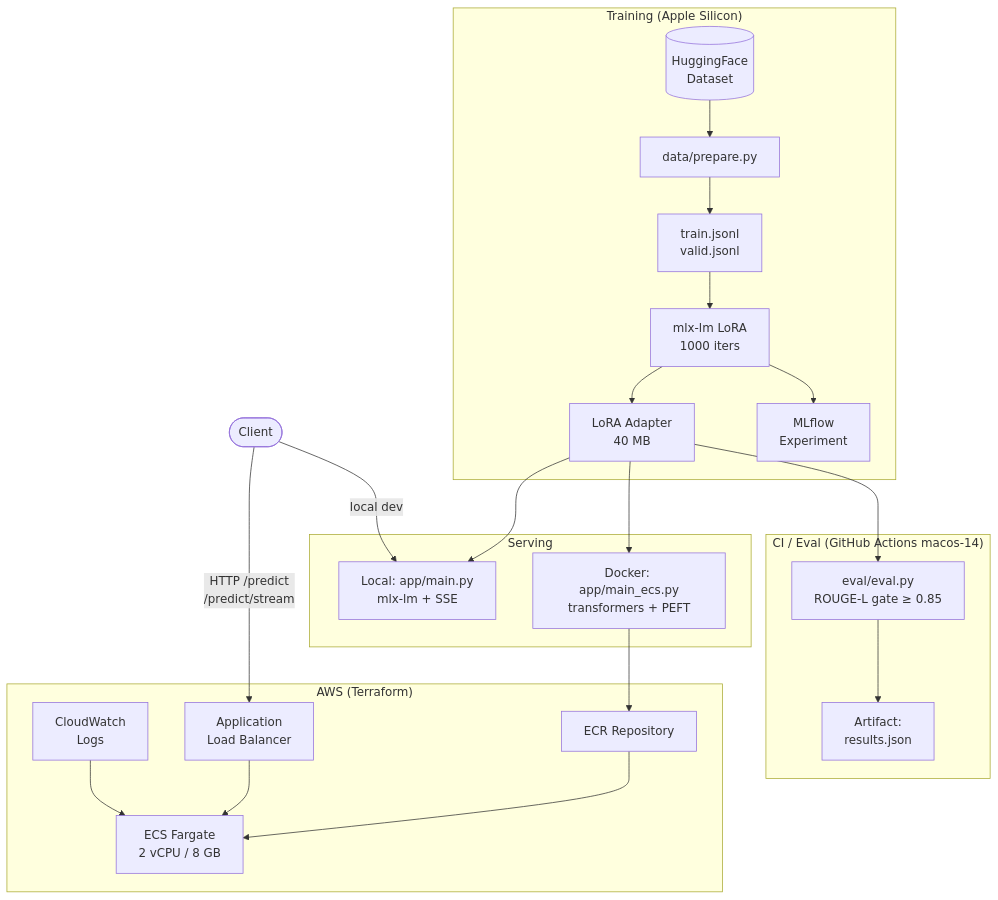
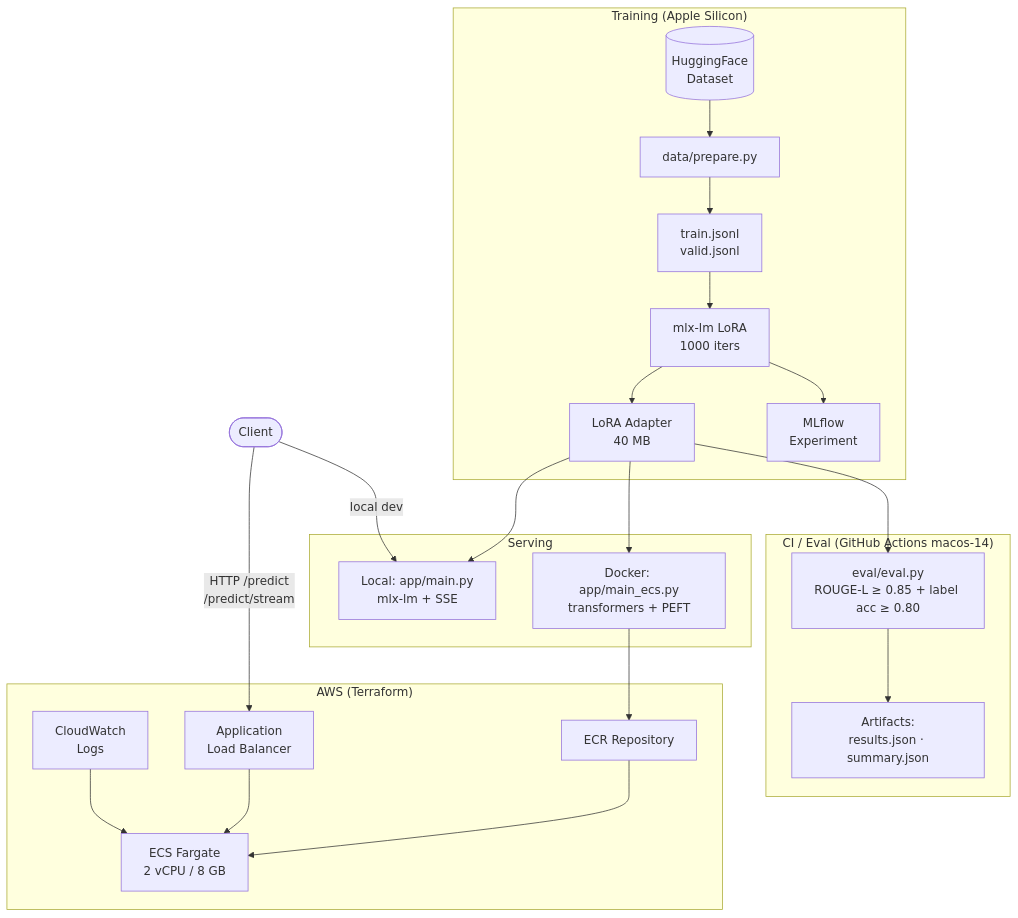
The diagram in README.md (matthew-fitzgerald123/financial-sentiment-llm), drawn with Mermaid before and after one commit. The commit also changed other lines of this file and 3 other files, not shown here.

Commit message:
Add label accuracy metric, summary.json persistence, and CI gate

````diff
--- a/README.md
+++ b/README.md
@@ -21,30 +21,30 @@
 ```mermaid
 flowchart TD
     subgraph Train["Training (Apple Silicon)"]
         DS[(HuggingFace\nDataset)] --> DP[data/prepare.py]
         DP --> JSONL[train.jsonl\nvalid.jsonl]
         JSONL --> LT[mlx-lm LoRA\n1000 iters]
         LT --> ADPT[LoRA Adapter\n40 MB]
         LT --> MLF[MLflow\nExperiment]
     end
 
     subgraph Eval["CI / Eval (GitHub Actions macos-14)"]
-        ADPT --> EV[eval/eval.py\nROUGE-L gate ≥ 0.85]
-        EV --> AR[Artifact:\nresults.json]
+        ADPT --> EV[eval/eval.py\nROUGE-L ≥ 0.85 + label acc ≥ 0.80]
+        EV --> AR[Artifacts:\nresults.json · summary.json]
     end
 
     subgraph Serve["Serving"]
         ADPT --> LC[Local: app/main.py\nmlx-lm + SSE]
         ADPT --> DC[Docker: app/main_ecs.py\ntransformers + PEFT]
     end
 
     subgraph AWS["AWS (Terraform)"]
         ECR[ECR Repository] --> ECS[ECS Fargate\n2 vCPU / 8 GB]
         ALB[Application\nLoad Balancer] --> ECS
         CW[CloudWatch\nLogs] --> ECS
     end
 
     DC --> ECR
     Client([Client]) -->|HTTP /predict\n/predict/stream| ALB
     Client -->|local dev| LC
 ```
````
